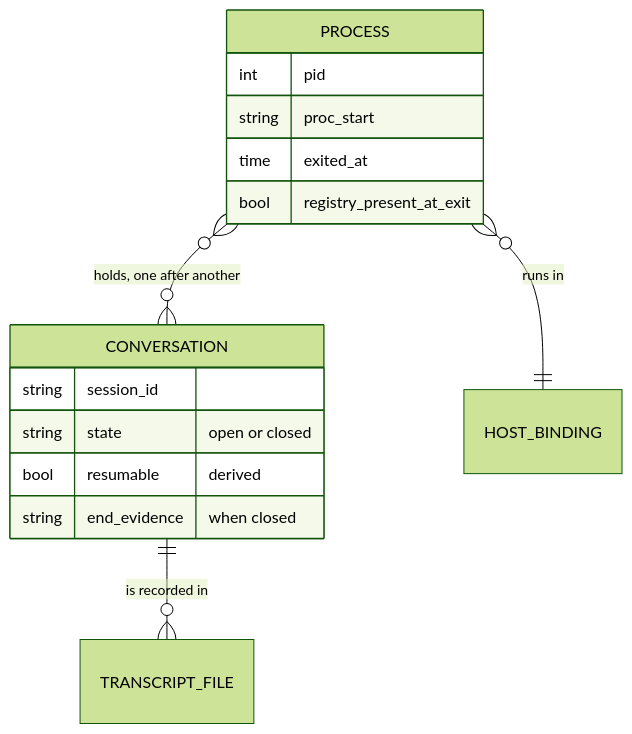
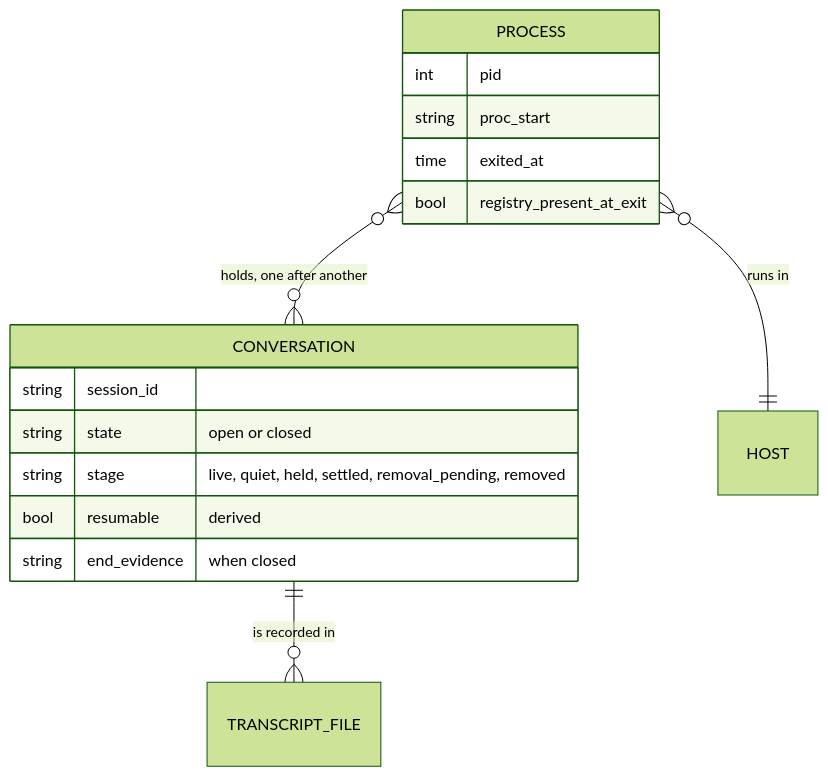
One commit to phillipgreenii/nix-agent-support changed the first of 6 diagrams in docs/superpowers/specs/2026-10-30-pg-claude-code-recorder-design.md. Above: the diagram before and after it, drawn with Mermaid (forest theme). The commit also changed other lines of this file, not shown here.

````diff
--- a/docs/superpowers/specs/2026-10-30-pg-claude-code-recorder-design.md
+++ b/docs/superpowers/specs/2026-10-30-pg-claude-code-recorder-design.md
@@ -54,18 +54,19 @@
 ```mermaid
 erDiagram
   CONVERSATION ||--o{ TRANSCRIPT_FILE : "is recorded in"
   PROCESS }o--o{ CONVERSATION : "holds, one after another"
-  PROCESS }o--|| HOST_BINDING : "runs in"
+  PROCESS }o--|| HOST : "runs in"
   CONVERSATION {
     string session_id
     string state "open or closed"
+    string stage "live, quiet, held, settled, removal_pending, removed"
     bool resumable "derived"
     string end_evidence "when closed"
   }
   PROCESS {
     int pid
     string proc_start
     time exited_at
     bool registry_present_at_exit
   }
 ```
````
